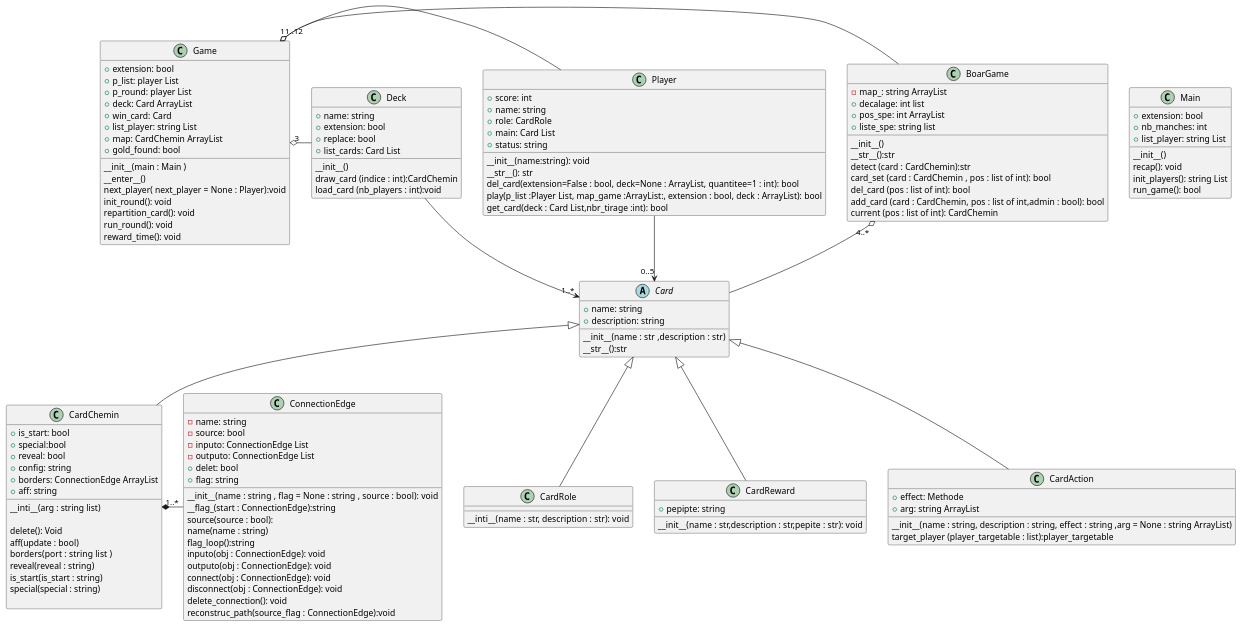
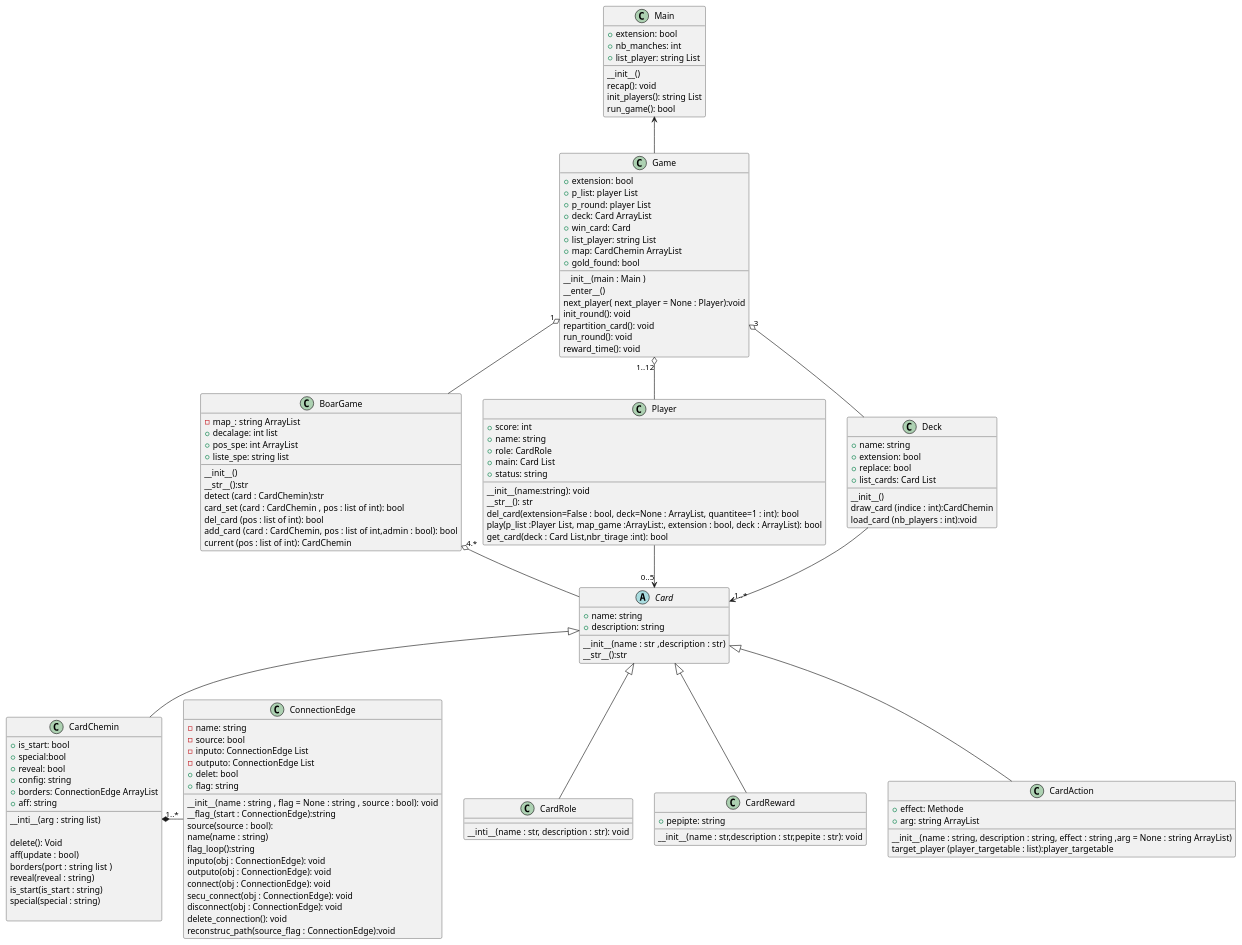
One commit to CocoLng/Kathon changed the diagram in Saboteur.puml. Above: the diagram before and after it, drawn with PlantUML. The commit also changed 2 other files, not shown here.

```diff
--- a/Saboteur.puml
+++ b/Saboteur.puml
@@ -1,163 +1,164 @@
 @startuml
 'https://plantuml.com/class-diagram
 class Main {
 +extension: bool
 +nb_manches: int
 +list_player: string List
 __
 __init__()
 recap(): void
 init_players(): string List
 run_game(): bool
 }
-
+Main <-- Game
 
 
 class Game{
 +extension: bool
 +p_list: player List
 +p_round: player List
 +deck: Card ArrayList
 +win_card: Card
 +list_player: string List
 +map: CardChemin ArrayList
 +gold_found: bool
 __
 __init__(main : Main )
 __enter__()
 next_player( next_player = None : Player):void
 init_round(): void
 repartition_card(): void
 run_round(): void
 reward_time(): void
 }
 
-Game"1" o- BoarGame
-Game"1..12" o- Player
-Game"3" o- Deck
+Game"1" o-- BoarGame
+Game"1..12" o-- Player
+Game"3" o-- Deck
 
 
 
 class BoarGame{
 -map_: string ArrayList
 +decalage: int list
 +pos_spe: int ArrayList
 +liste_spe: string list
 __
 __init__()
 __str__():str
 detect (card : CardChemin):str
 card_set (card : CardChemin , pos : list of int): bool
 del_card (pos : list of int): bool
 add_card (card : CardChemin, pos : list of int,admin : bool): bool
 current (pos : list of int): CardChemin
 }
-BoarGame "4..*" o-- Card
+BoarGame "4.*" o-- Card
 
 class Player{
 +score: int
 +name: string
 +role: CardRole
 +main: Card List
 +status: string
 __
 __init__(name:string): void
 __str__(): str
 del_card(extension=False : bool, deck=None : ArrayList, quantitee=1 : int): bool
 play(p_list :Player List, map_game :ArrayList:, extension : bool, deck : ArrayList): bool
 get_card(deck : Card List,nbr_tirage :int): bool
 }
 Player --> "0..5" Card
 
 
 class Deck{
 +name: string
 +extension: bool
 +replace: bool
 +list_cards: Card List
 __
 __init__()
 draw_card (indice : int):CardChemin
 load_card (nb_players : int):void
 }
 Deck --> "1..*" Card
 
 
 
 abstract class Card{
 +name: string
 +description: string
 __
 __init__(name :  str ,description : str)
 __str__():str
 }
 
 Card <|-- CardChemin
 Card <|-- CardRole
 Card <|-- CardReward
 Card <|-- CardAction
 
 class CardRole{
 __
 __inti__(name : str, description : str): void
 }
 
 class CardReward{
 +pepipte: string
 __
 __init__(name : str,description : str,pepite : str): void
 }
 
 class CardAction{
 +effect: Methode
 +arg: string ArrayList
 __
 __init__(name : string, description : string, effect : string ,arg = None : string ArrayList)
 target_player (player_targetable : list):player_targetable
 }
 
 
 
 class CardChemin{
 +is_start: bool
 +special:bool
 +reveal: bool
 +config: string
 +borders: ConnectionEdge ArrayList
 +aff: string
 __
 __inti__(arg : string list)
 
 delete(): Void
 aff(update : bool)
 borders(port : string list  )
 reveal(reveal : string)
 is_start(is_start : string)
 special(special : string)
 
 }
 CardChemin"1..*" *- ConnectionEdge
 
 
 
 class ConnectionEdge{
 -name: string
 -source: bool
 -inputo: ConnectionEdge List
 -outputo: ConnectionEdge List
 +delet: bool
 +flag: string
 __
 __init__(name :  string , flag = None : string , source : bool): void
 __flag_(start : ConnectionEdge):string
 source(source : bool):
 name(name : string)
 flag_loop():string
 inputo(obj : ConnectionEdge): void
 outputo(obj : ConnectionEdge): void
 connect(obj : ConnectionEdge): void
+secu_connect(obj : ConnectionEdge): void
 disconnect(obj : ConnectionEdge): void
 delete_connection(): void
 reconstruc_path(source_flag : ConnectionEdge):void
 }
 @enduml
```
